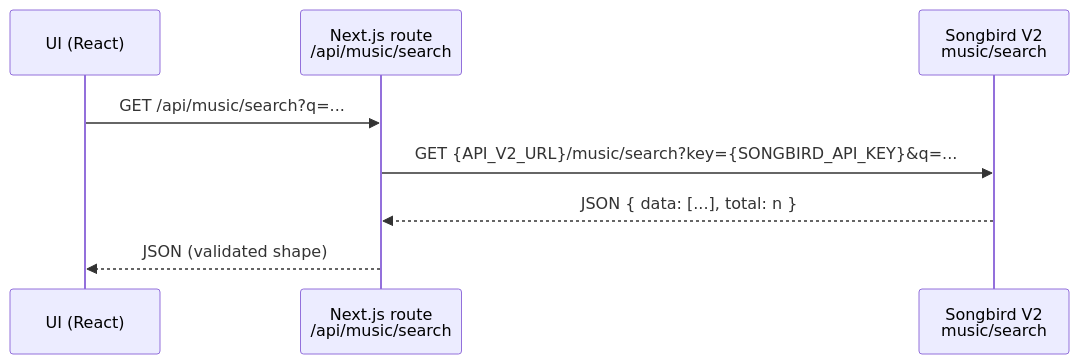
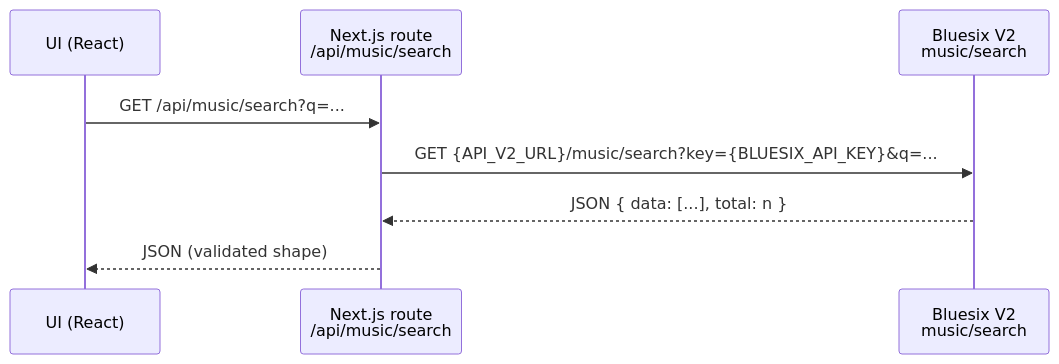
Before and after one commit to JensArnolds/songbird-player: the second of 4 diagrams in docs/architecture.md, drawn with Mermaid. The commit also changed other lines of this file and 42 other files, not shown here.

First line of the commit message:
refactor: migrate from Songbird to Bluesix API integration

````diff
--- a/docs/architecture.md
+++ b/docs/architecture.md
@@ -58,11 +58,11 @@
 ```mermaid
 sequenceDiagram
   participant UI as UI (React)
   participant FE as Next.js route<br/>/api/music/search
-  participant V2 as Songbird V2<br/>music/search
+  participant V2 as Bluesix V2<br/>music/search
 
   UI->>FE: GET /api/music/search?q=...
-  FE->>V2: GET {API_V2_URL}/music/search?key={SONGBIRD_API_KEY}&q=...
+  FE->>V2: GET {API_V2_URL}/music/search?key={BLUESIX_API_KEY}&q=...
   V2-->>FE: JSON { data: [...], total: n }
   FE-->>UI: JSON (validated shape)
 ```
````
